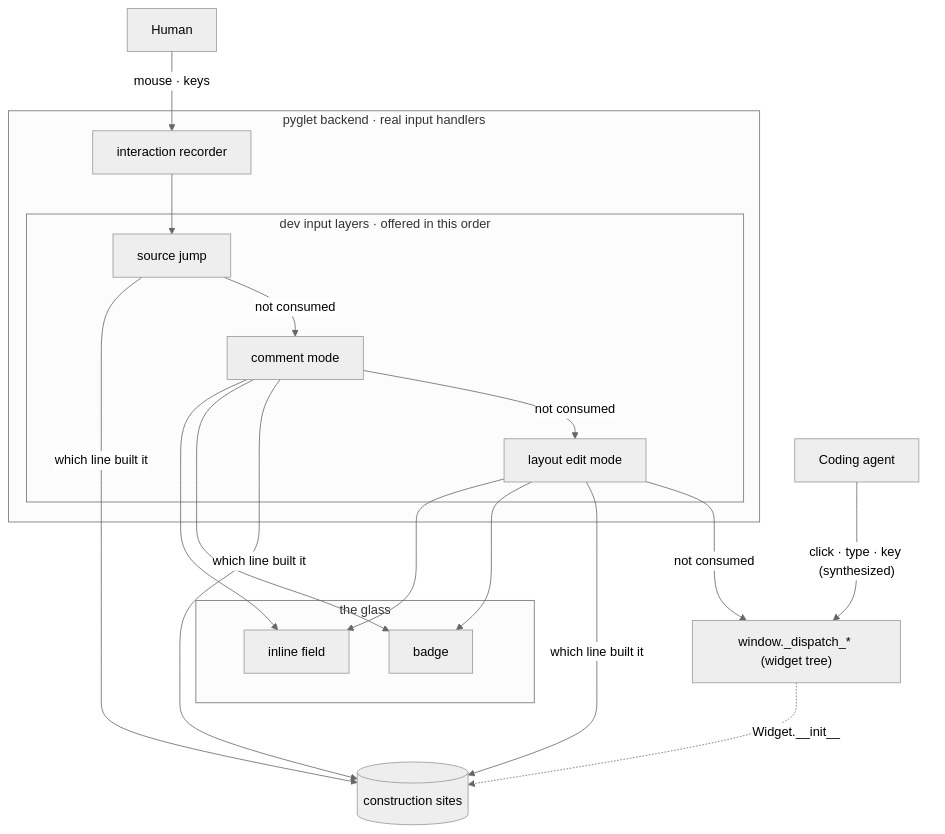
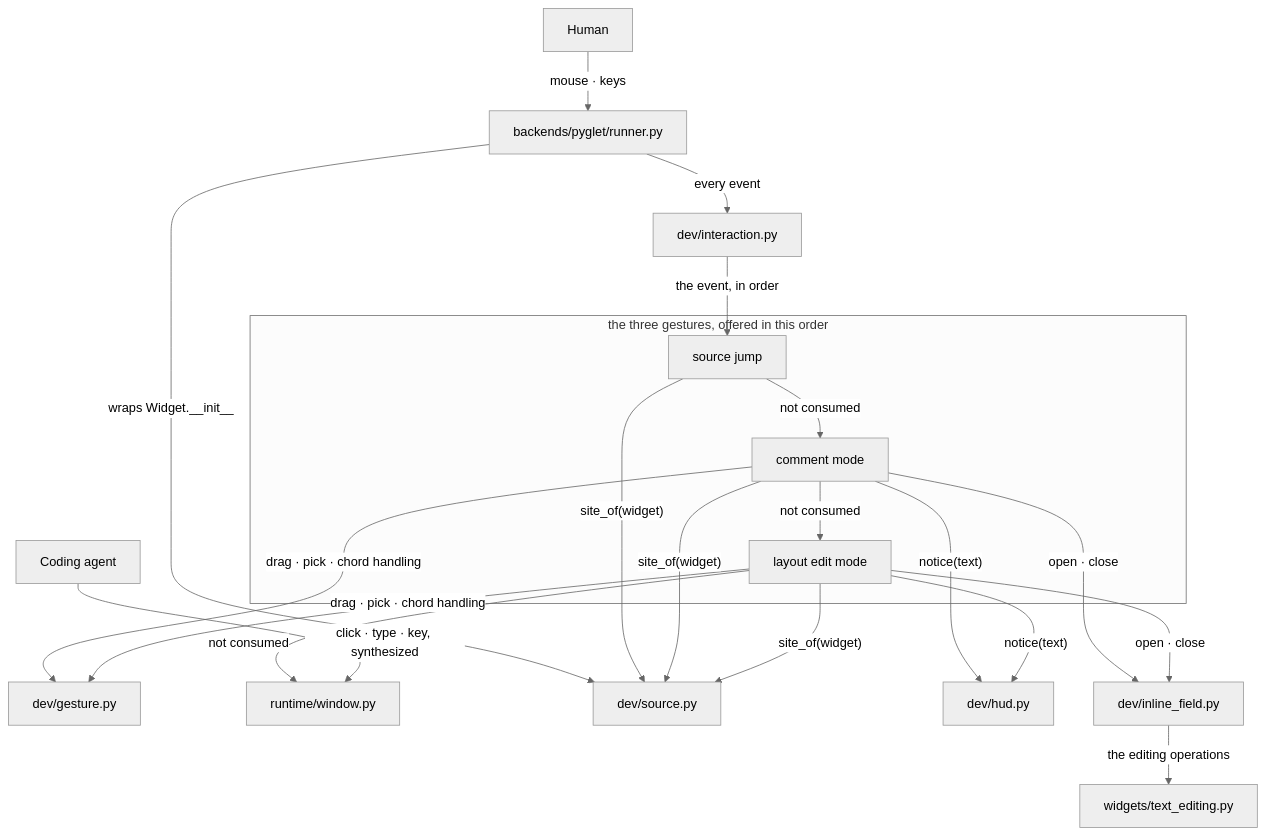
One commit to yuksblog/nuiitivet changed the first of 6 diagrams in docs/design/DEV_MODES.md. Above: the diagram before and after it, drawn with Mermaid (neutral theme). The commit also changed other lines of this file and 35 other files, not shown here.

````diff
--- a/docs/design/DEV_MODES.md
+++ b/docs/design/DEV_MODES.md
@@ -16,26 +18,28 @@
 ```mermaid
 flowchart TB
     human[Human]
     agent[Coding agent]
-    subgraph backend[pyglet backend · real input handlers]
-        recorder[interaction recorder]
-        subgraph layers[dev input layers · offered in this order]
-            jump[source jump]
-            comment[comment mode]
-            layout[layout edit mode]
-        end
+    runner["backends/pyglet/runner.py"]
+    recorder[dev/interaction.py]
+    subgraph gestures[the three gestures, offered in this order]
+        jump[source jump]
+        comment[comment mode]
+        layout[layout edit mode]
     end
-    dispatch["window._dispatch_* (widget tree)"]
-    sites[(construction sites)]
-    subgraph glass[the glass]
-        badge[badge]
-        field[inline field]
-    end
+    gesture[dev/gesture.py]
+    window["runtime/window.py"]
+    sites[dev/source.py]
+    hud[dev/hud.py]
+    field[dev/inline_field.py]
+    editing[widgets/text_editing.py]
 
-    human -- "mouse · keys" --> recorder --> jump
-    jump -- "not consumed" --> comment -- "not consumed" --> layout -- "not consumed" --> dispatch
-    agent -- "click · type · key (synthesized)" --> dispatch
-    dispatch -. "Widget.__init__" .-> sites
-    jump & comment & layout -- "which line built it" --> sites
-    comment & layout --> badge & field
+    human -- "mouse · keys" --> runner -- "every event" --> recorder -- "the event, in order" --> jump
+    jump -- "not consumed" --> comment -- "not consumed" --> layout -- "not consumed" --> window
+    agent -- "click · type · key, synthesized" --> window
+    runner -- "wraps Widget.__init__" --> sites
+    jump & comment & layout -- "site_of(widget)" --> sites
+    comment & layout -- "drag · pick · chord handling" --> gesture
+    comment & layout -- "notice(text)" --> hud
+    comment & layout -- "open · close" --> field
+    field -- "the editing operations" --> editing
 ```
````
